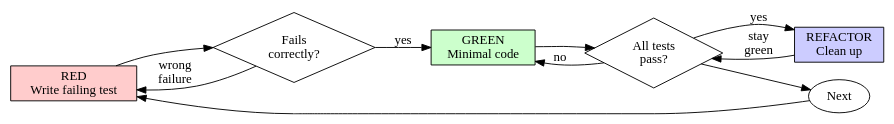
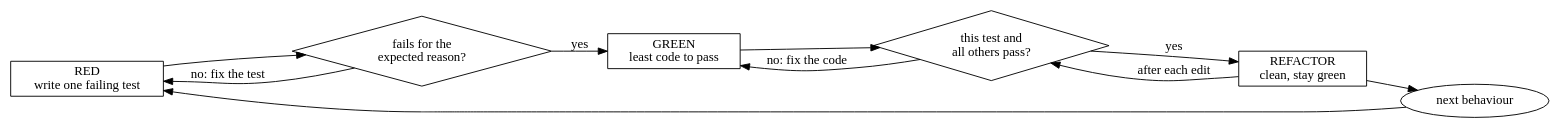
One commit to NoobyGains/godmode changed the diagram in skills/test-first/SKILL.md. Above: the diagram before and after it, drawn with Graphviz. The commit also changed other lines of this file and 19 other files, not shown here.

Commit message:
docs: README rewritten as the landing page; CHANGELOG for 2.0.0; star-history charts

````diff
--- a/skills/test-first/SKILL.md
+++ b/skills/test-first/SKILL.md
@@ -49,21 +35,21 @@
 ```dot
-digraph tdd_loop {
+digraph test_first {
     rankdir=LR;
-    red [label="RED\nWrite failing test", shape=box, style=filled, fillcolor="#ffcccc"];
-    check_red [label="Fails\ncorrectly?", shape=diamond];
-    green [label="GREEN\nMinimal code", shape=box, style=filled, fillcolor="#ccffcc"];
-    check_green [label="All tests\npass?", shape=diamond];
-    refactor [label="REFACTOR\nClean up", shape=box, style=filled, fillcolor="#ccccff"];
-    next [label="Next", shape=ellipse];
+    red [label="RED\nwrite one failing test", shape=box];
+    red_ok [label="fails for the\nexpected reason?", shape=diamond];
+    green [label="GREEN\nleast code to pass", shape=box];
+    green_ok [label="this test and\nall others pass?", shape=diamond];
+    refactor [label="REFACTOR\nclean, stay green", shape=box];
+    next [label="next behaviour", shape=ellipse];
 
-    red -> check_red;
-    check_red -> green [label="yes"];
-    check_red -> red [label="wrong\nfailure"];
-    green -> check_green;
-    check_green -> refactor [label="yes"];
-    check_green -> green [label="no"];
-    refactor -> check_green [label="stay\ngreen"];
-    check_green -> next;
+    red -> red_ok;
+    red_ok -> green [label="yes"];
+    red_ok -> red [label="no: fix the test"];
+    green -> green_ok;
+    green_ok -> refactor [label="yes"];
+    green_ok -> green [label="no: fix the code"];
+    refactor -> green_ok [label="after each edit"];
+    refactor -> next;
     next -> red;
 }
 ```
````
